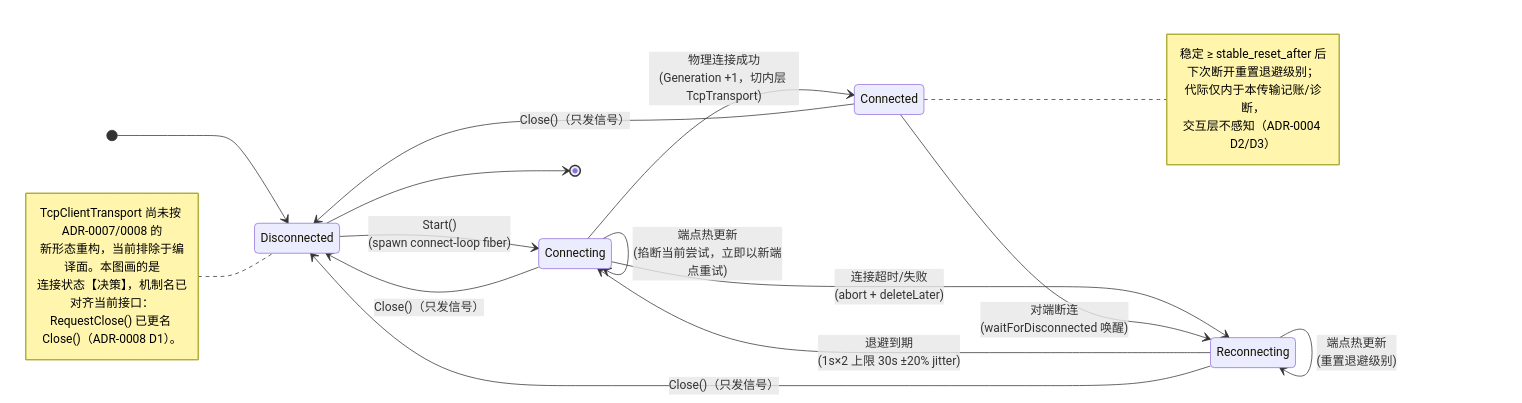
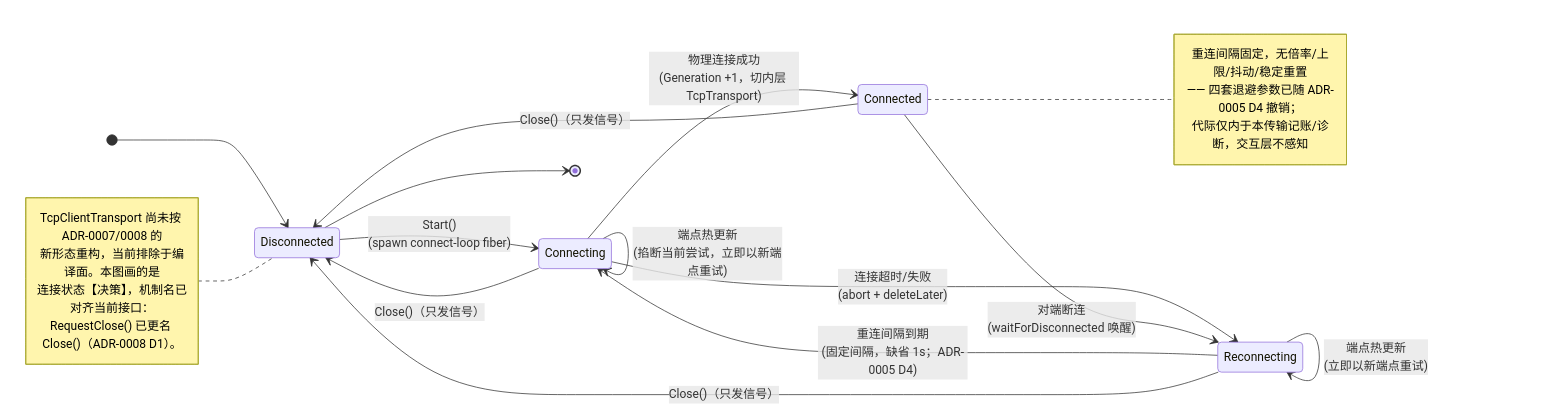
The diagram in docs/diagrams/state-connection.mmd (Ste7an-cs/Transport), drawn with Mermaid before and after one commit. The commit also changed 2 other files, not shown here.

Commit message:
docs(adr): 新增 ADR-0011(TCP 按 UDP 样板重构),并修正图 4-11 的退避描述
ADR-0011 草案:三件套(TcpTransport/TcpClientTransport/TcpServer,2065 行)收成
一个 TcpTransport,重连内建;形态照 UdpTransport 的泵+双队列;整个生命期一个
QTcpSocket,abort() 后原对象复用(与 UDP 的 bind→close→再 bind 同模式);判活以
断开事件为主、静默超时为辅(与 UDP 相反);固定间隔重连沿用 ADR-0005 D4。

核心结论是否决 ADR-0007 D6 的预设"字节流必须另定队列策略"。核实 FiberChannel
的能力边界后发现:push 只有非阻塞 drop-oldest,无 size(),丢弃静默且 push 仍返
success——溢出本身不可观测,故"溢出即断链"在当前原语上根本无法实现。而丢中段
的后果有两层现成补救:SystemCodec::ScanSystemFrames 逐字节扫帧头、CRC 不匹配即
右移一字节继续扫,丢弃只毁掉跨越丢弃点的那一帧;被毁的帧再由 ADR-0010 三个
RequestFor* 的重发补回。由此沿用默认有界 1024 丢最旧,不改 AsyncTask。

四条明确接受的代价,其中两条是本次核实新发现的:Send 无重发兜底,故队列丢弃
对四种交互的后果不均等;丢弃无归因,SRS §3.6 的完整性恒等式在这条路径上继续
破着(#152/#176 同源)。

顺带修图 4-11:它画着"退避到期(1s×2 上限 30s ±20% jitter)"与"稳定后重置退避
级别",而 ADR-0005 D4 早已撤销指数退避、改固定间隔,代码注释与 TcpClientConfig
均如此。昨天全图复核时漏了这一处。

D11(ApplyConfig 热更新)标为待定,待专门讨论后补入;D10 将 TcpServer 排除本轮。

```diff
--- a/docs/diagrams/state-connection.mmd
+++ b/docs/diagrams/state-connection.mmd
@@ -1,31 +1,30 @@
 stateDiagram-v2
     direction LR
     [*] --> Disconnected
 
     Disconnected --> Connecting: Start()<br/>(spawn connect-loop fiber)
     Connecting --> Connected: 物理连接成功<br/>(Generation +1，切内层 TcpTransport)
     Connecting --> Reconnecting: 连接超时/失败<br/>(abort + deleteLater)
     Connecting --> Connecting: 端点热更新<br/>(掐断当前尝试，立即以新端点重试)
 
     Connected --> Reconnecting: 对端断连<br/>(waitForDisconnected 唤醒)
-    Reconnecting --> Connecting: 退避到期<br/>(1s×2 上限 30s ±20% jitter)
-    Reconnecting --> Reconnecting: 端点热更新<br/>(重置退避级别)
+    Reconnecting --> Connecting: 重连间隔到期<br/>(固定间隔，缺省 1s；ADR-0005 D4)
+    Reconnecting --> Reconnecting: 端点热更新<br/>(立即以新端点重试)
 
     Connected --> Disconnected: Close()（只发信号）
     Connecting --> Disconnected: Close()（只发信号）
     Reconnecting --> Disconnected: Close()（只发信号）
     Disconnected --> [*]
 
     note right of Connected
-        稳定 ≥ stable_reset_after 后
-        下次断开重置退避级别；
-        代际仅内于本传输记账/诊断，
-        交互层不感知（ADR-0004 D2/D3）
+        重连间隔固定，无倍率/上限/抖动/稳定重置
+        —— 四套退避参数已随 ADR-0005 D4 撤销；
+        代际仅内于本传输记账/诊断，交互层不感知
     end note
 
     note left of Disconnected
         TcpClientTransport 尚未按 ADR-0007/0008 的
         新形态重构，当前排除于编译面。本图画的是
         连接状态【决策】，机制名已对齐当前接口：
         RequestClose() 已更名 Close()（ADR-0008 D1）。
     end note
```
